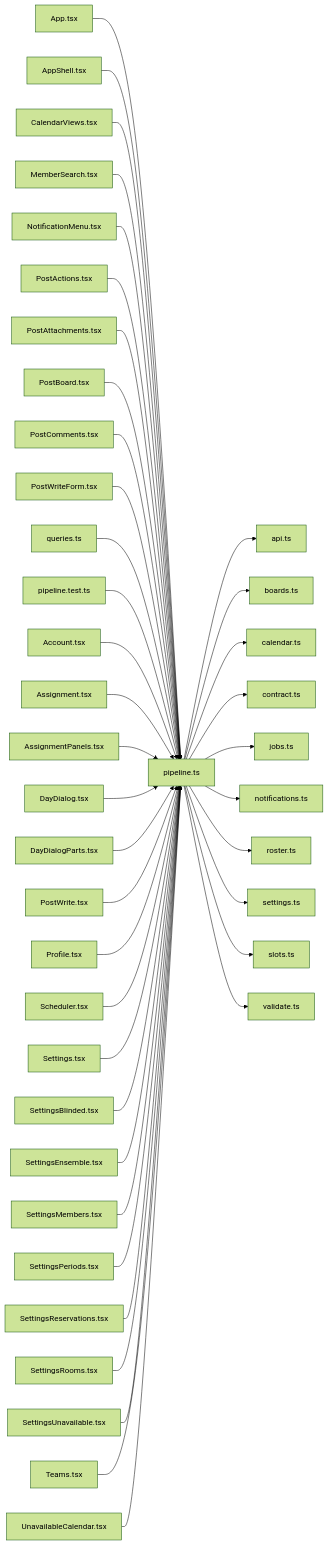
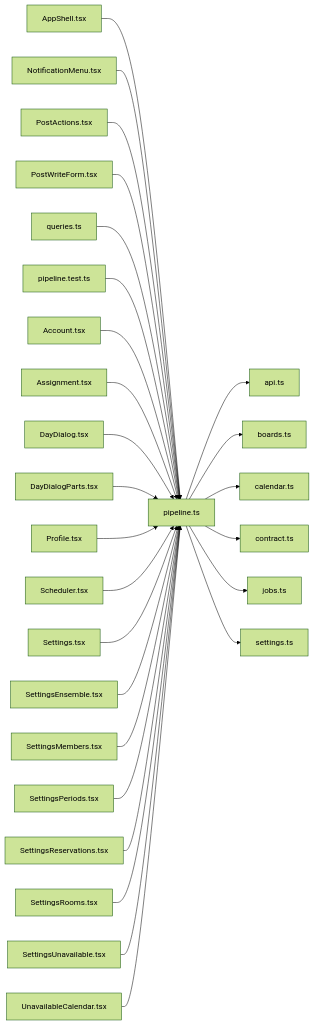
The diagram in .cluedoc/graph/frontend/src/lib/pipeline.md (minkong-dev/Banblit), drawn with Mermaid (forest theme) before and after one commit. The commit also changed other lines of this file and 56 other files, not shown here.

Commit message:
frontend: import pure lib functions from their own files instead of through pipeline

````diff
--- a/.cluedoc/graph/frontend/src/lib/pipeline.md
+++ b/.cluedoc/graph/frontend/src/lib/pipeline.md
@@ -10,44 +10,30 @@
 ```mermaid
 flowchart LR
   frontend_src_lib_pipeline["pipeline.ts"]
   frontend_src_lib_pipeline --> frontend_src_lib_api["api.ts"]
   frontend_src_lib_pipeline --> frontend_src_lib_boards["boards.ts"]
   frontend_src_lib_pipeline --> frontend_src_lib_calendar["calendar.ts"]
   frontend_src_lib_pipeline --> frontend_src_lib_contract["contract.ts"]
   frontend_src_lib_pipeline --> frontend_src_lib_jobs["jobs.ts"]
-  frontend_src_lib_pipeline --> frontend_src_lib_notifications["notifications.ts"]
-  frontend_src_lib_pipeline --> frontend_src_lib_roster["roster.ts"]
   frontend_src_lib_pipeline --> frontend_src_lib_settings["settings.ts"]
-  frontend_src_lib_pipeline --> frontend_src_lib_slots["slots.ts"]
-  frontend_src_lib_pipeline --> frontend_src_lib_validate["validate.ts"]
-  frontend_src_App["App.tsx"] --> frontend_src_lib_pipeline
   frontend_src_components_AppShell["AppShell.tsx"] --> frontend_src_lib_pipeline
-  frontend_src_components_CalendarViews["CalendarViews.tsx"] --> frontend_src_lib_pipeline
-  frontend_src_components_MemberSearch["MemberSearch.tsx"] --> frontend_src_lib_pipeline
   frontend_src_components_NotificationMenu["NotificationMenu.tsx"] --> frontend_src_lib_pipeline
   frontend_src_components_PostActions["PostActions.tsx"] --> frontend_src_lib_pipeline
-  frontend_src_components_PostAttachments["PostAttachments.tsx"] --> frontend_src_lib_pipeline
-  frontend_src_components_PostBoard["PostBoard.tsx"] --> frontend_src_lib_pipeline
-  frontend_src_components_PostComments["PostComments.tsx"] --> frontend_src_lib_pipeline
   frontend_src_components_PostWriteForm["PostWriteForm.tsx"] --> frontend_src_lib_pipeline
   frontend_src_components_queries["queries.ts"] --> frontend_src_lib_pipeline
   frontend_src_lib_pipeline_test["pipeline.test.ts"] --> frontend_src_lib_pipeline
   frontend_src_routes_Account["Account.tsx"] --> frontend_src_lib_pipeline
   frontend_src_routes_Assignment["Assignment.tsx"] --> frontend_src_lib_pipeline
-  frontend_src_routes_AssignmentPanels["AssignmentPanels.tsx"] --> frontend_src_lib_pipeline
   frontend_src_routes_DayDialog["DayDialog.tsx"] --> frontend_src_lib_pipeline
   frontend_src_routes_DayDialogParts["DayDialogParts.tsx"] --> frontend_src_lib_pipeline
-  frontend_src_routes_PostWrite["PostWrite.tsx"] --> frontend_src_lib_pipeline
   frontend_src_routes_Profile["Profile.tsx"] --> frontend_src_lib_pipeline
   frontend_src_routes_Scheduler["Scheduler.tsx"] --> frontend_src_lib_pipeline
   frontend_src_routes_Settings["Settings.tsx"] --> frontend_src_lib_pipeline
-  frontend_src_routes_SettingsBlinded["SettingsBlinded.tsx"] --> frontend_src_lib_pipeline
   frontend_src_routes_SettingsEnsemble["SettingsEnsemble.tsx"] --> frontend_src_lib_pipeline
   frontend_src_routes_SettingsMembers["SettingsMembers.tsx"] --> frontend_src_lib_pipeline
   frontend_src_routes_SettingsPeriods["SettingsPeriods.tsx"] --> frontend_src_lib_pipeline
   frontend_src_routes_SettingsReservations["SettingsReservations.tsx"] --> frontend_src_lib_pipeline
   frontend_src_routes_SettingsRooms["SettingsRooms.tsx"] --> frontend_src_lib_pipeline
   frontend_src_routes_SettingsUnavailable["SettingsUnavailable.tsx"] --> frontend_src_lib_pipeline
-  frontend_src_routes_Teams["Teams.tsx"] --> frontend_src_lib_pipeline
   frontend_src_routes_UnavailableCalendar["UnavailableCalendar.tsx"] --> frontend_src_lib_pipeline
 ```
````
